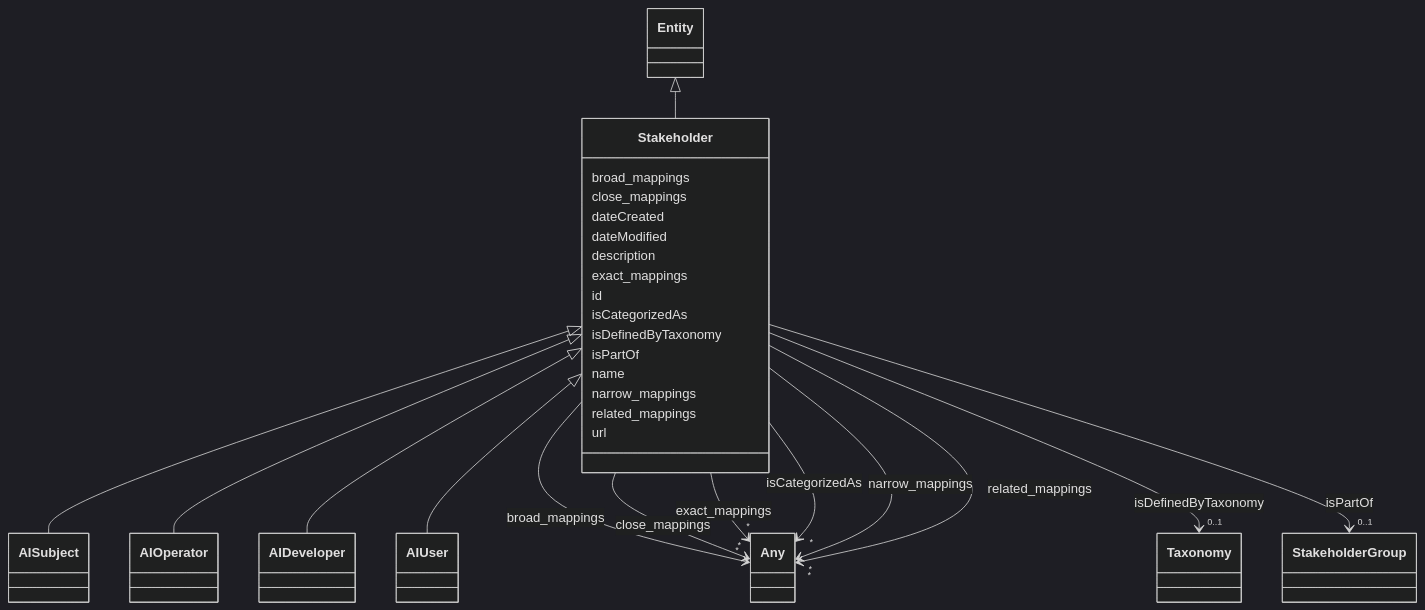
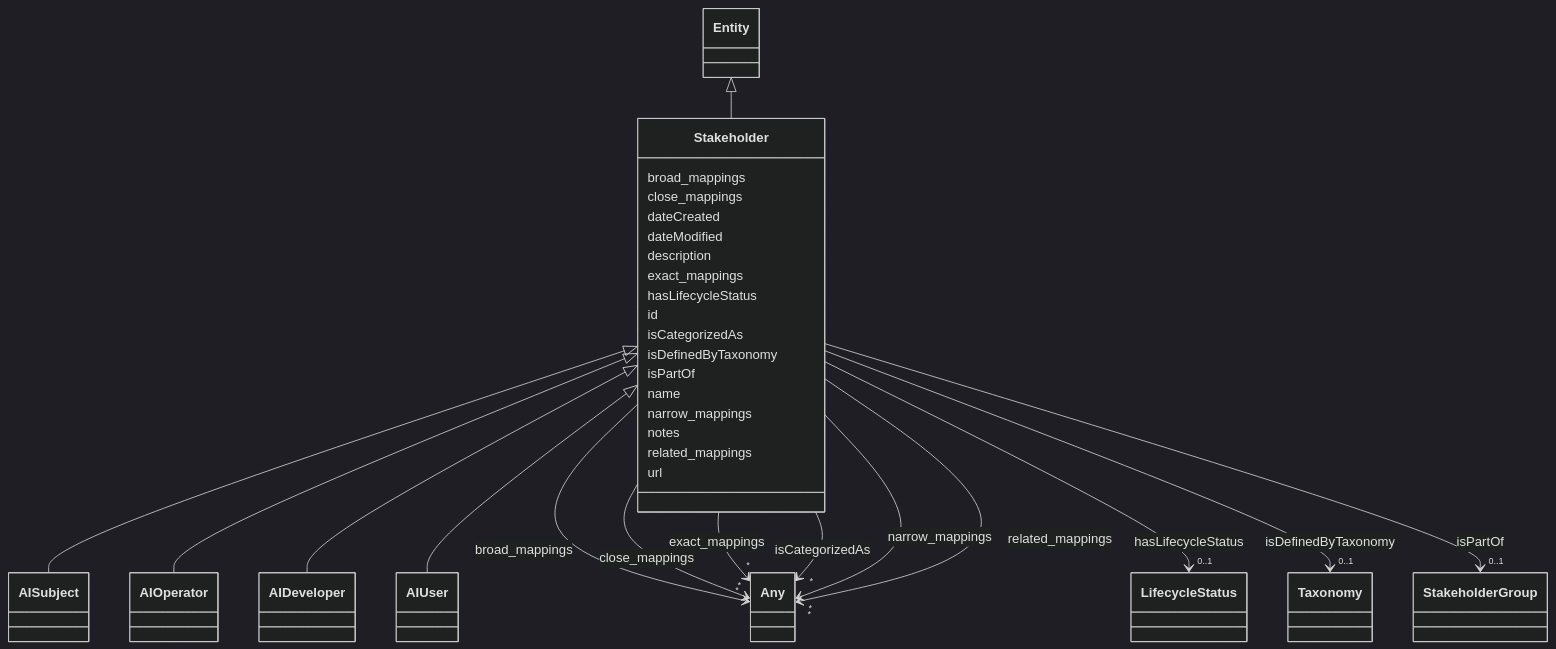
The diagram in docs/ontology/Stakeholder.md (ingelise/risk-atlas-nexus), drawn with Mermaid (dark theme) before and after one commit. The commit also changed other lines of this file and 190 other files, not shown here.

```diff
--- a/docs/ontology/Stakeholder.md
+++ b/docs/ontology/Stakeholder.md
@@ -68,6 +68,17 @@
 
 
 
+      Stakeholder : hasLifecycleStatus
+
+
+
+
+
+        Stakeholder --> "0..1" LifecycleStatus : hasLifecycleStatus
+        click LifecycleStatus href "../LifecycleStatus/"
+
+
+
       Stakeholder : id
 
       Stakeholder : isCategorizedAs
@@ -116,6 +127,8 @@
 
 
 
+      Stakeholder : notes
+
       Stakeholder : related_mappings
 
 
```
